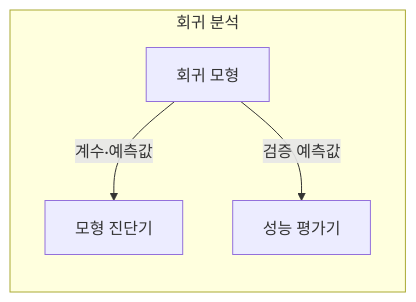
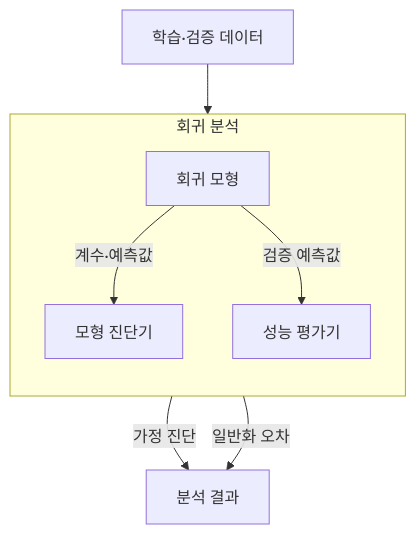
The first of 2 diagrams in src/content/docs/notes/01-basic-theory/034_regression_analysis.md (agnusdei1207/knowledge-base), drawn with Mermaid before and after one commit. The commit also changed other lines of this file and 20 other files, not shown here.

````diff
--- a/src/content/docs/notes/01-basic-theory/034_regression_analysis.md
+++ b/src/content/docs/notes/01-basic-theory/034_regression_analysis.md
@@ -69,11 +71,14 @@
 ```mermaid
 flowchart TB
     subgraph R[회귀 분석]
         direction TB
         M[회귀 모형]
         D[모형 진단기]
         E[성능 평가기]
         M -->|계수·예측값| D
         M -->|검증 예측값| E
     end
+    T[학습·검증 데이터] --> M
+    D -->|가정 진단| O[분석 결과]
+    E -->|일반화 오차| O
 ```
````
